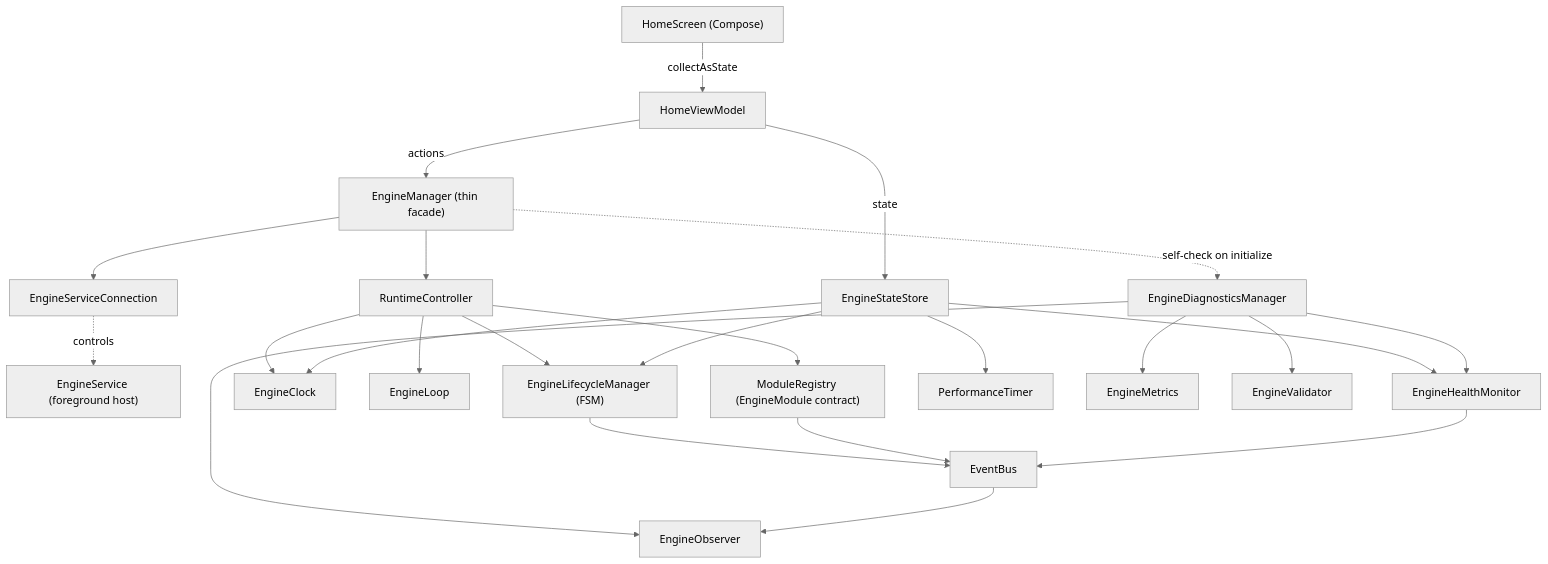
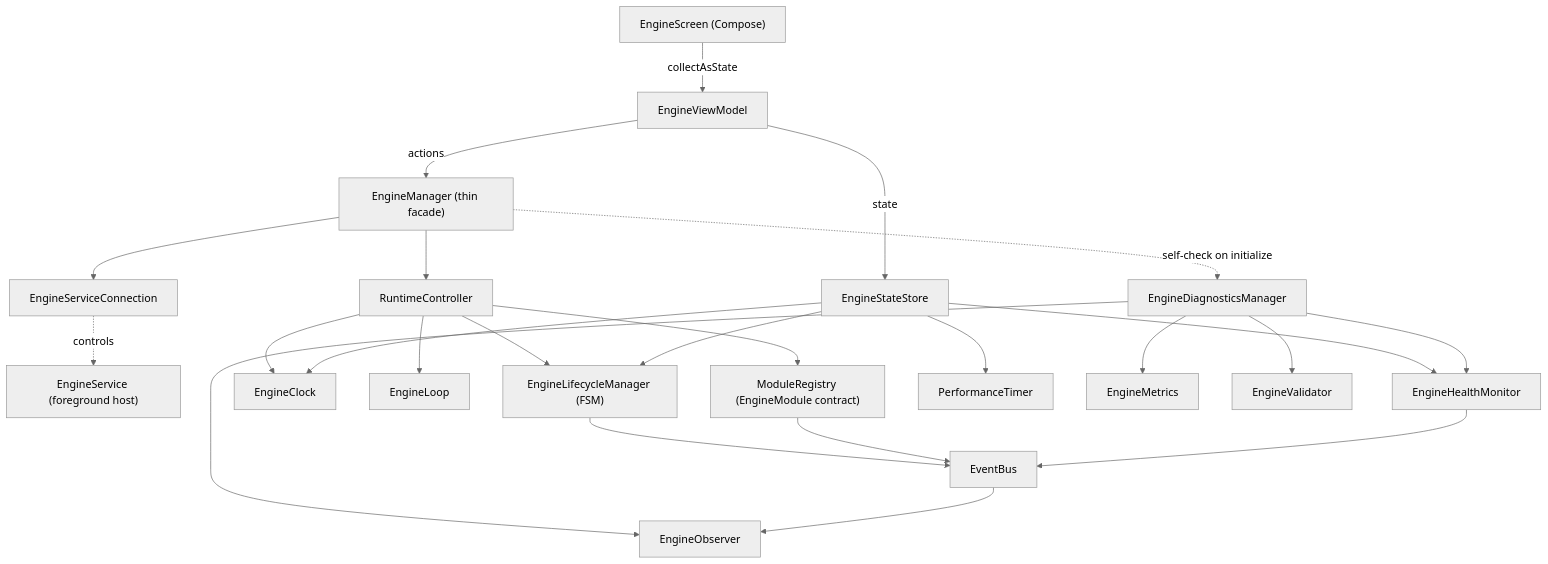
Before and after one commit to s2ouz/Behavior-Engine: the second of 2 diagrams in README.md, drawn with Mermaid (neutral theme). The commit also changed other lines of this file and 29 other files, not shown here.

````diff
--- a/README.md
+++ b/README.md
@@ -25,31 +71,31 @@
 ```mermaid
 graph TD
-    Screen["HomeScreen (Compose)"] -->|collectAsState| VM["HomeViewModel"]
-    VM -->|actions| EM["EngineManager (thin facade)"]
-    VM -->|state| Store["EngineStateStore"]
+    EngineScreen["EngineScreen (Compose)"] -->|collectAsState| EVM["EngineViewModel"]
+    EVM -->|actions| EM["EngineManager (thin facade)"]
+    EVM -->|state| Store["EngineStateStore"]
 
     EM --> RC["RuntimeController"]
     EM --> SC["EngineServiceConnection"]
     SC -.controls.-> Svc["EngineService (foreground host)"]
 
     RC --> LM["EngineLifecycleManager (FSM)"]
     RC --> Clock["EngineClock"]
     RC --> Loop["EngineLoop"]
     RC --> Registry["ModuleRegistry (EngineModule contract)"]
 
     Store --> LM
     Store --> Clock
     Store --> Health["EngineHealthMonitor"]
     Store --> Perf["PerformanceTimer"]
 
     Diag["EngineDiagnosticsManager"] --> Metrics["EngineMetrics"]
     Diag --> Health
     Diag --> Validator["EngineValidator"]
     Diag --> Observer["EngineObserver"]
     EM -.self-check on initialize.-> Diag
 
     LM --> Bus["EventBus"]
     Registry --> Bus
     Bus --> Observer
     Health --> Bus
 ```
````
